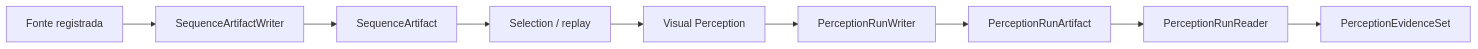
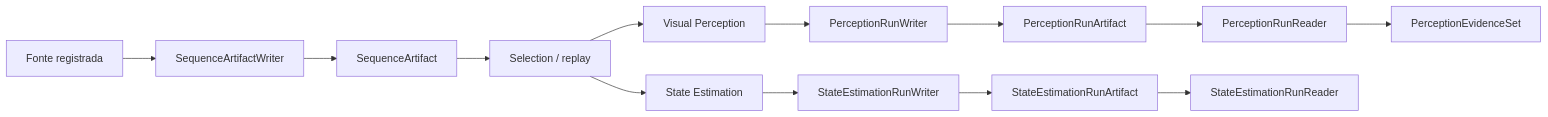
One commit to Alexandre-Tortoza/contextmap2 changed the third of 9 diagrams in docs/ARTIFACTS.md. Above: the diagram before and after it, drawn with Mermaid. The commit also changed other lines of this file and 5 other files, not shown here.

````diff
--- a/docs/ARTIFACTS.md
+++ b/docs/ARTIFACTS.md
@@ -105,11 +105,15 @@
 ```mermaid
 flowchart LR
     RAW["Fonte registrada"] --> SW["SequenceArtifactWriter"]
     SW --> SEQ["SequenceArtifact"]
     SEQ --> SEL["Selection / replay"]
     SEL --> VP["Visual Perception"]
     VP --> PW["PerceptionRunWriter"]
     PW --> PRA["PerceptionRunArtifact"]
     PRA --> PRR["PerceptionRunReader"]
     PRR --> ES["PerceptionEvidenceSet"]
+    SEL --> ST["State Estimation"]
+    ST --> SW2["StateEstimationRunWriter"]
+    SW2 --> TRA["StateEstimationRunArtifact"]
+    TRA --> TRR["StateEstimationRunReader"]
 ```
````
